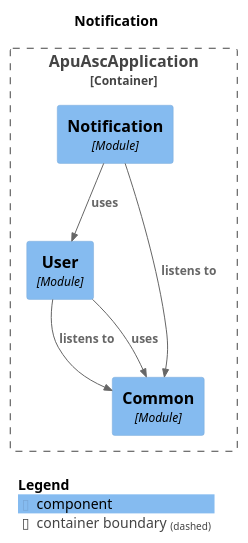
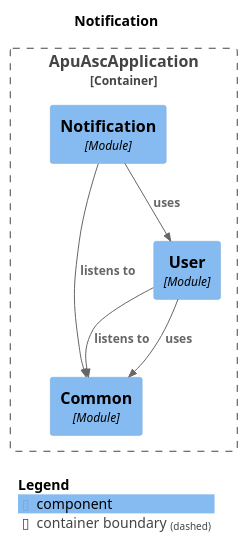
The diagram in docs/diagrams/puml/module-notification.puml (ryanlau1220/APU-ASC), drawn with PlantUML before and after one commit. The commit also changed other lines of this file and 14 other files, not shown here.

Commit message:
reorder C4 component definitions and relationship entries for consistency across module diagrams

```diff
--- a/docs/diagrams/puml/module-notification.puml
+++ b/docs/diagrams/puml/module-notification.puml
@@ -1,23 +1,23 @@
 @startuml
 set separator none
 title Notification
 
 top to bottom direction
 
 !include <C4/C4>
 !include <C4/C4_Context>
 !include <C4/C4_Component>
 
 Container_Boundary("ApuAscApplication.ApuAscApplication_boundary", "ApuAscApplication", $tags="") {
+  Component(ApuAscApplication.ApuAscApplication.Common, "Common", $techn="Module", $descr="", $tags="", $link="")
+  Component(ApuAscApplication.ApuAscApplication.Notification, "Notification", $techn="Module", $descr="", $tags="", $link="")
   Component(ApuAscApplication.ApuAscApplication.User, "User", $techn="Module", $descr="", $tags="", $link="")
-  Component(ApuAscApplication.ApuAscApplication.Notification, "Notification", $techn="Module", $descr="", $tags="", $link="")
-  Component(ApuAscApplication.ApuAscApplication.Common, "Common", $techn="Module", $descr="", $tags="", $link="")
 }
 
 Rel(ApuAscApplication.ApuAscApplication.Notification, ApuAscApplication.ApuAscApplication.Common, "listens to", $techn="", $tags="", $link="")
 Rel(ApuAscApplication.ApuAscApplication.Notification, ApuAscApplication.ApuAscApplication.User, "uses", $techn="", $tags="", $link="")
 Rel(ApuAscApplication.ApuAscApplication.User, ApuAscApplication.ApuAscApplication.Common, "listens to", $techn="", $tags="", $link="")
 Rel(ApuAscApplication.ApuAscApplication.User, ApuAscApplication.ApuAscApplication.Common, "uses", $techn="", $tags="", $link="")
 
 SHOW_LEGEND(true)
 @enduml
```
